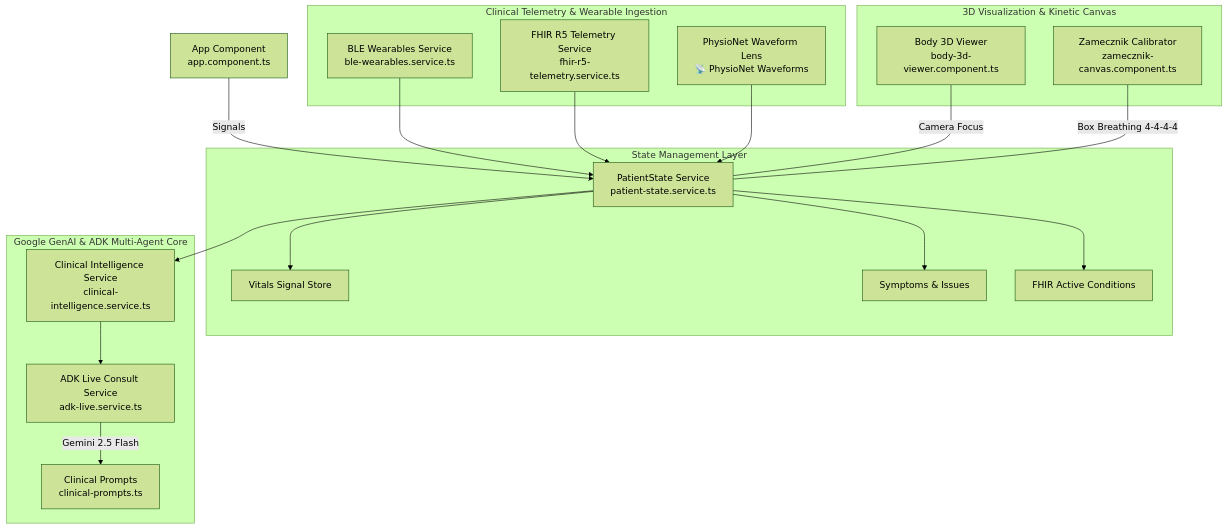
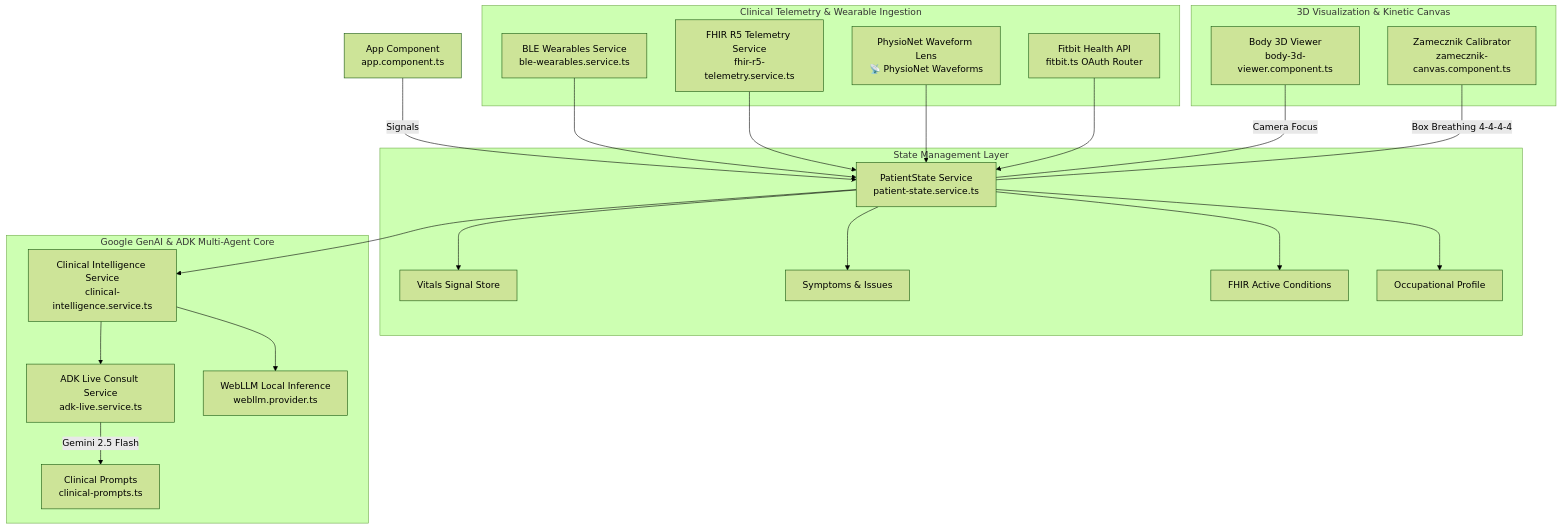
One commit to philgear/pocketgull changed the second of 2 diagrams in docs/study/src/pages/git-roadmap.mdx. Above: the diagram before and after it, drawn with Mermaid (forest theme). The commit also changed other lines of this file, not shown here.

First line of the commit message:
docs(roadmap): populate full release history and Gantt chart

````diff
--- a/docs/study/src/pages/git-roadmap.mdx
+++ b/docs/study/src/pages/git-roadmap.mdx
@@ -48,31 +120,35 @@
 ```mermaid
 graph TD
-    UI[App Component<br/>app.component.ts] -->|Signals| State[PatientState Service<br/>patient-state.service.ts]
+    UI["App Component<br/>app.component.ts"] -->|Signals| State["PatientState Service<br/>patient-state.service.ts"]
 
-    subgraph StateManagement [State Management Layer]
-        State --> Vitals[Vitals Signal Store]
-        State --> Symptoms[Symptoms & Issues]
-        State --> Conditions[FHIR Active Conditions]
+    subgraph StateManagement ["State Management Layer"]
+        State --> Vitals["Vitals Signal Store"]
+        State --> Symptoms["Symptoms & Issues"]
+        State --> Conditions["FHIR Active Conditions"]
+        State --> Occupation["Occupational Profile"]
     end
 
-    subgraph TelemetryLayer [Clinical Telemetry & Wearable Ingestion]
-        BLE[BLE Wearables Service<br/>ble-wearables.service.ts] --> State
-        FHIR5[FHIR R5 Telemetry Service<br/>fhir-r5-telemetry.service.ts] --> State
-        Physio[PhysioNet Waveform Lens<br/>📡 PhysioNet Waveforms] --> State
+    subgraph TelemetryLayer ["Clinical Telemetry & Wearable Ingestion"]
+        BLE["BLE Wearables Service<br/>ble-wearables.service.ts"] --> State
+        FHIR5["FHIR R5 Telemetry Service<br/>fhir-r5-telemetry.service.ts"] --> State
+        Physio["PhysioNet Waveform Lens<br/>📡 PhysioNet Waveforms"] --> State
+        Fitbit["Fitbit Health API<br/>fitbit.ts OAuth Router"] --> State
     end
 
-    subgraph Visual3D [3D Visualization & Kinetic Canvas]
-        Body3D[Body 3D Viewer<br/>body-3d-viewer.component.ts] --- |Camera Focus| State
-        Zamecznik[Zamecznik Calibrator<br/>zamecznik-canvas.component.ts] --- |Box Breathing 4-4-4-4| State
+    subgraph Visual3D ["3D Visualization & Kinetic Canvas"]
+        Body3D["Body 3D Viewer<br/>body-3d-viewer.component.ts"] ---|Camera Focus| State
+        Zamecznik["Zamecznik Calibrator<br/>zamecznik-canvas.component.ts"] ---|Box Breathing 4-4-4-4| State
     end
 
-    subgraph AIEngine [Google GenAI & ADK Multi-Agent Core]
-        Intelligence[Clinical Intelligence Service<br/>clinical-intelligence.service.ts]
-        ADK[ADK Live Consult Service<br/>adk-live.service.ts]
-        Prompts[Clinical Prompts<br/>clinical-prompts.ts]
+    subgraph AIEngine ["Google GenAI & ADK Multi-Agent Core"]
+        Intelligence["Clinical Intelligence Service<br/>clinical-intelligence.service.ts"]
+        ADK["ADK Live Consult Service<br/>adk-live.service.ts"]
+        Prompts["Clinical Prompts<br/>clinical-prompts.ts"]
+        WebLLM["WebLLM Local Inference<br/>webllm.provider.ts"]
     end
 
     State --> Intelligence
     Intelligence --> ADK
-    ADK -->|Gemini 2.5 Flash| Prompts
+    ADK -->|"Gemini 2.5 Flash"| Prompts
+    Intelligence --> WebLLM
 ```
````
